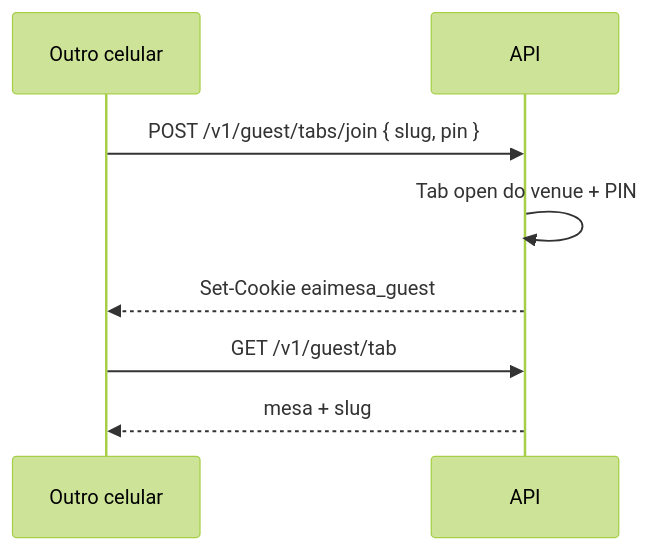
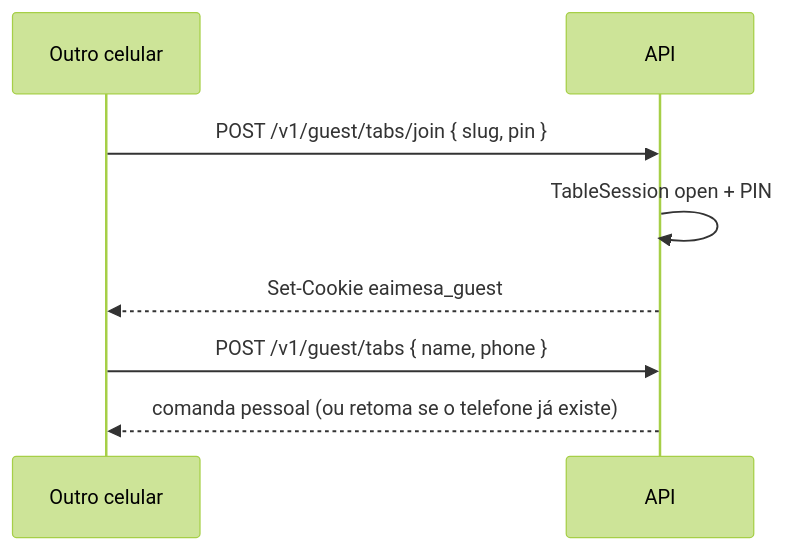
One commit to filiperamosds/eaimesa changed the fifth of 5 diagrams in docs/product/fluxos.md. Above: the diagram before and after it, drawn with Mermaid (forest theme). The commit also changed other lines of this file and 36 other files, not shown here.

````diff
--- a/docs/product/fluxos.md
+++ b/docs/product/fluxos.md
@@ -106,11 +106,11 @@
 ```mermaid
 sequenceDiagram
   participant C2 as Outro celular
   participant API as API
 
   C2->>API: POST /v1/guest/tabs/join { slug, pin }
-  API->>API: Tab open do venue + PIN
+  API->>API: TableSession open + PIN
   API-->>C2: Set-Cookie eaimesa_guest
-  C2->>API: GET /v1/guest/tab
-  API-->>C2: mesa + slug
+  C2->>API: POST /v1/guest/tabs { name, phone }
+  API-->>C2: comanda pessoal (ou retoma se o telefone já existe)
 ```
````
